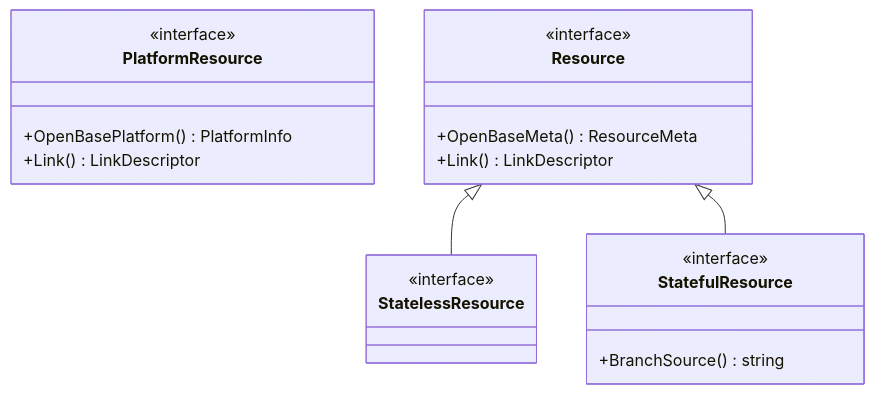
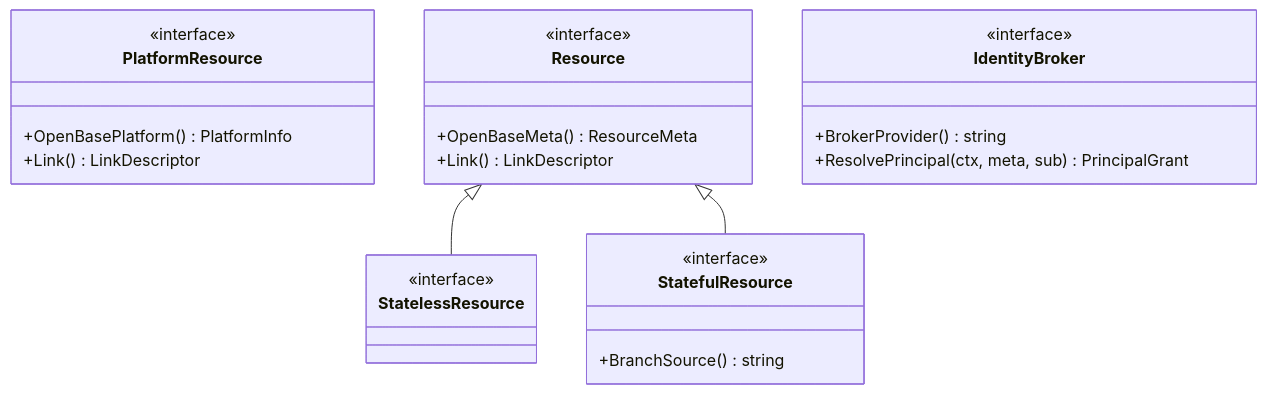
Before and after one commit to cloudvoyant/openbase: the first of 2 diagrams in docs/architecture/resources.md, drawn with Mermaid. The commit also changed other lines of this file and 124 other files, not shown here.

````diff
--- a/docs/architecture/resources.md
+++ b/docs/architecture/resources.md
@@ -26,22 +26,27 @@
 ```mermaid
 classDiagram
     class PlatformResource {
         <<interface>>
         +OpenBasePlatform() PlatformInfo
         +Link() LinkDescriptor
     }
     class Resource {
         <<interface>>
         +OpenBaseMeta() ResourceMeta
         +Link() LinkDescriptor
     }
     class StatelessResource {
         <<interface>>
     }
     class StatefulResource {
         <<interface>>
         +BranchSource() string
     }
+    class IdentityBroker {
+        <<interface>>
+        +BrokerProvider() string
+        +ResolvePrincipal(ctx, meta, sub) PrincipalGrant
+    }
     Resource <|-- StatelessResource
     Resource <|-- StatefulResource
 ```
````
